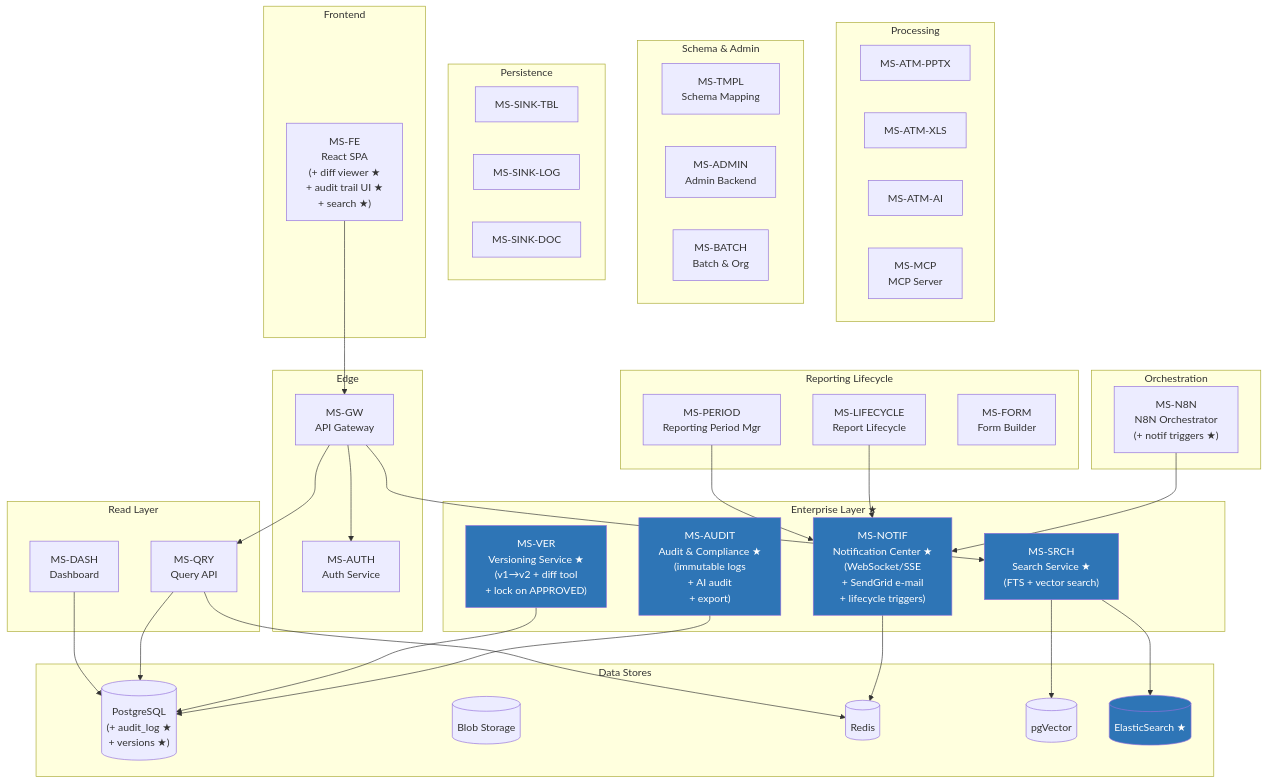
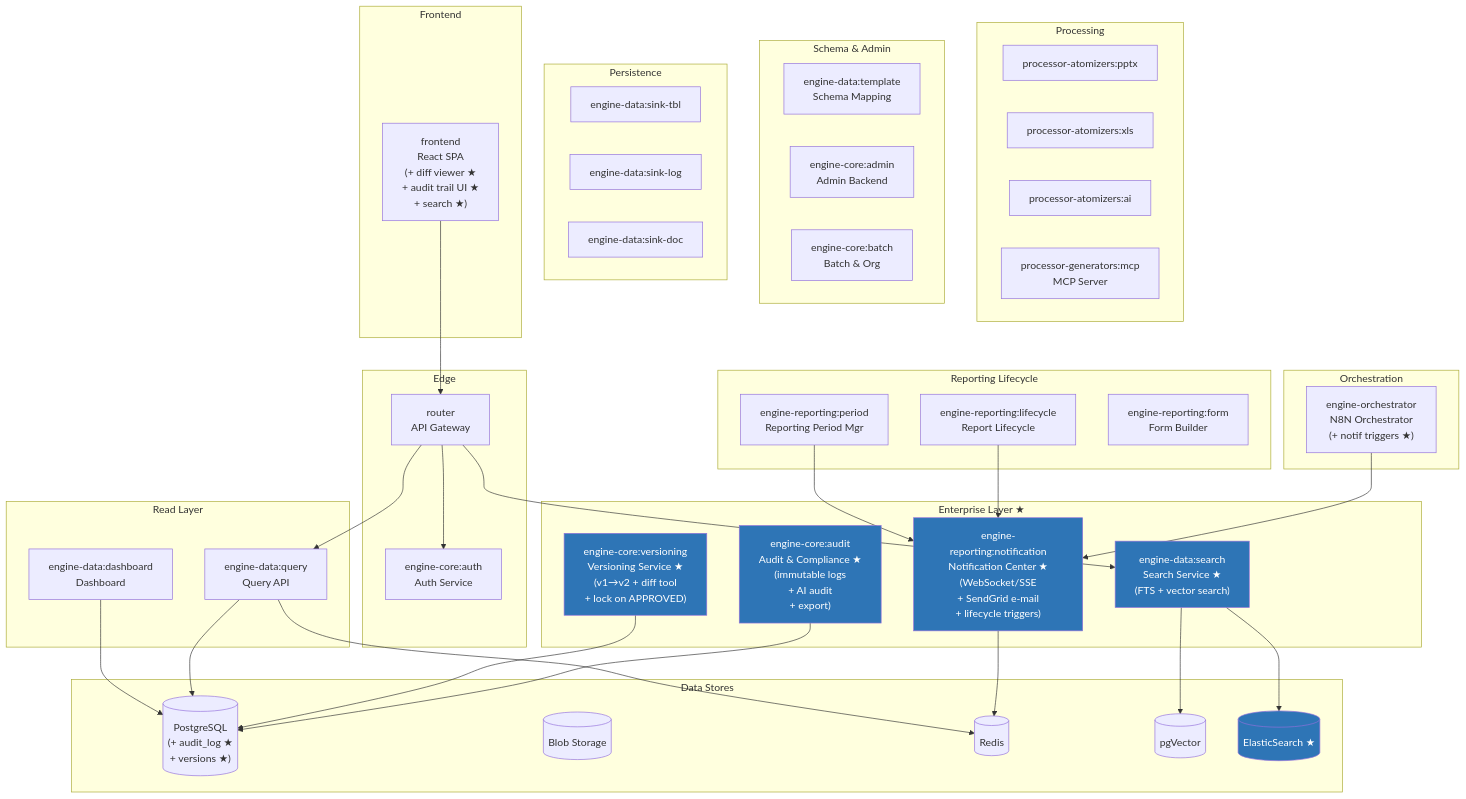
The sixth of 10 diagrams in docs/documents/architecture_diagrams.md (JanBartyzal/ReportAutomatization), drawn with Mermaid before and after one commit. The commit also changed other lines of this file and 149 other files, not shown here.

````diff
--- a/docs/documents/architecture_diagrams.md
+++ b/docs/documents/architecture_diagrams.md
@@ -424,82 +424,82 @@
 ```mermaid
 graph TB
     subgraph "Edge"
-        GW["MS-GW\nAPI Gateway"]
-        AUTH["MS-AUTH\nAuth Service"]
+        GW["router\nAPI Gateway"]
+        AUTH["engine-core:auth\nAuth Service"]
     end
 
     subgraph "Enterprise Layer ★"
-        NOTIF["MS-NOTIF\nNotification Center ★\n(WebSocket/SSE\n+ SendGrid e-mail\n+ lifecycle triggers)"]
-        VER["MS-VER\nVersioning Service ★\n(v1→v2 + diff tool\n+ lock on APPROVED)"]
-        AUDIT["MS-AUDIT\nAudit & Compliance ★\n(immutable logs\n+ AI audit\n+ export)"]
-        SRCH["MS-SRCH\nSearch Service ★\n(FTS + vector search)"]
+        NOTIF["engine-reporting:notification\nNotification Center ★\n(WebSocket/SSE\n+ SendGrid e-mail\n+ lifecycle triggers)"]
+        VER["engine-core:versioning\nVersioning Service ★\n(v1→v2 + diff tool\n+ lock on APPROVED)"]
+        AUDIT["engine-core:audit\nAudit & Compliance ★\n(immutable logs\n+ AI audit\n+ export)"]
+        SRCH["engine-data:search\nSearch Service ★\n(FTS + vector search)"]
     end
 
     subgraph "Reporting Lifecycle"
-        LIFE["MS-LIFECYCLE\nReport Lifecycle"]
-        PERIOD["MS-PERIOD\nReporting Period Mgr"]
-        FORM["MS-FORM\nForm Builder"]
+        LIFE["engine-reporting:lifecycle\nReport Lifecycle"]
+        PERIOD["engine-reporting:period\nReporting Period Mgr"]
+        FORM["engine-reporting:form\nForm Builder"]
     end
 
     subgraph "Orchestration"
-        N8N["MS-N8N\nN8N Orchestrator\n(+ notif triggers ★)"]
+        N8N["engine-orchestrator\nN8N Orchestrator\n(+ notif triggers ★)"]
     end
 
     subgraph "Processing"
-        PPTX["MS-ATM-PPTX"]
-        XLS["MS-ATM-XLS"]
-        AI["MS-ATM-AI"]
-        MCP["MS-MCP\nMCP Server"]
+        PPTX["processor-atomizers:pptx"]
+        XLS["processor-atomizers:xls"]
+        AI["processor-atomizers:ai"]
+        MCP["processor-generators:mcp\nMCP Server"]
     end
 
     subgraph "Schema & Admin"
-        TMPL["MS-TMPL\nSchema Mapping"]
-        ADMIN["MS-ADMIN\nAdmin Backend"]
-        BATCH["MS-BATCH\nBatch & Org"]
+        TMPL["engine-data:template\nSchema Mapping"]
+        ADMIN["engine-core:admin\nAdmin Backend"]
+        BATCH["engine-core:batch\nBatch & Org"]
     end
 
     subgraph "Persistence"
-        SINKTBL["MS-SINK-TBL"]
-        SINKLOG["MS-SINK-LOG"]
-        SINKDOC["MS-SINK-DOC"]
+        SINKTBL["engine-data:sink-tbl"]
+        SINKLOG["engine-data:sink-log"]
+        SINKDOC["engine-data:sink-doc"]
     end
 
     subgraph "Read Layer"
-        QRY["MS-QRY\nQuery API"]
-        DASH["MS-DASH\nDashboard"]
+        QRY["engine-data:query\nQuery API"]
+        DASH["engine-data:dashboard\nDashboard"]
     end
 
     subgraph "Data Stores"
         PG[("PostgreSQL\n(+ audit_log ★\n+ versions ★)")]
         BLOB[("Blob Storage")]
         REDIS[("Redis")]
         VEC[("pgVector")]
         ES[("ElasticSearch ★")]
     end
 
     subgraph "Frontend"
-        FE["MS-FE\nReact SPA\n(+ diff viewer ★\n+ audit trail UI ★\n+ search ★)"]
+        FE["frontend\nReact SPA\n(+ diff viewer ★\n+ audit trail UI ★\n+ search ★)"]
     end
 
     FE --> GW
     GW --> AUTH
     GW --> QRY
     GW --> SRCH
     N8N --> NOTIF
     LIFE --> NOTIF
     PERIOD --> NOTIF
     AUDIT --> PG
     VER --> PG
     SRCH --> ES
     SRCH --> VEC
     NOTIF --> REDIS
     QRY --> PG
     QRY --> REDIS
     DASH --> PG
 
     style NOTIF fill:#2E75B6,color:#fff
     style VER fill:#2E75B6,color:#fff
     style AUDIT fill:#2E75B6,color:#fff
     style SRCH fill:#2E75B6,color:#fff
     style ES fill:#2E75B6,color:#fff
 ```
````
